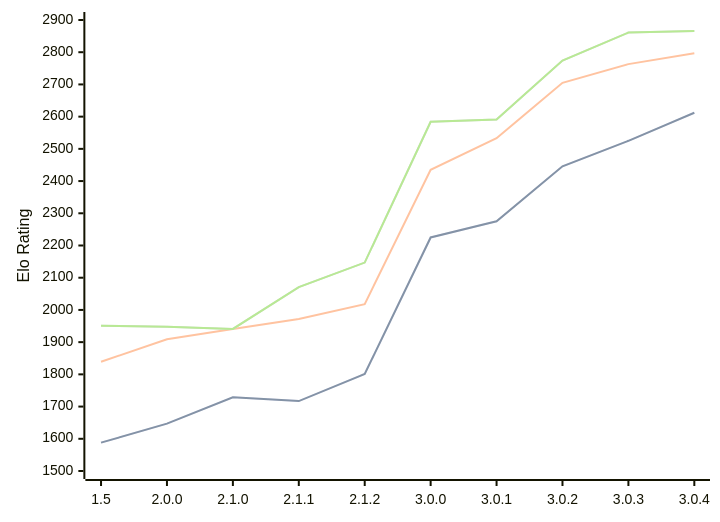
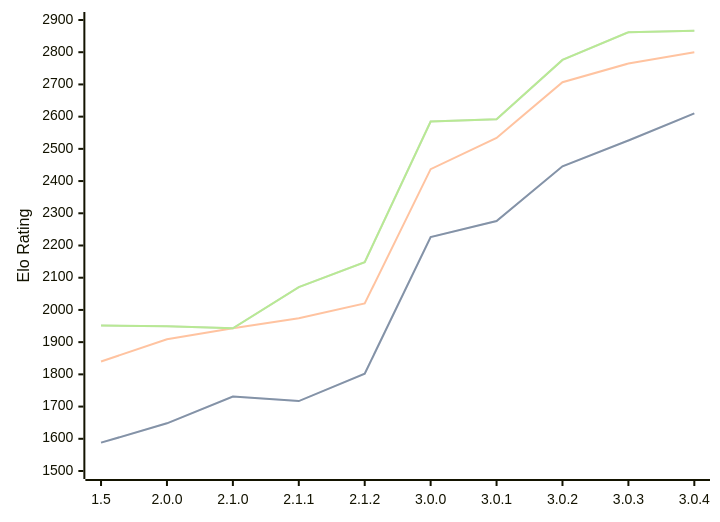
Before and after one commit to computer-chess-index/cci: the first of 3 diagrams in engines/Rudim.md, drawn with Mermaid. The commit also changed other lines of this file, not shown here.

Commit message:
Update CCI Ratings (ELO VLTC) - 2026-06-30

````diff
--- a/engines/Rudim.md
+++ b/engines/Rudim.md
@@ -49,11 +49,11 @@
 ```mermaid
 %%{init: {"theme":"base","themeVariables":{"seriesColors:['#a3a3a3','#222221','#faa371']}}}%%
 xychart-beta
   x-axis ["1.5", "2.0.0", "2.1.0", "2.1.1", "2.1.2", "3.0.0", "3.0.1", "3.0.2", "3.0.3", "3.0.4"]
   y-axis "Elo Rating" 1500 --> 2900
-  line "STC (8.0+0.08s)" [1588, 1647, 1729, 1717, 1801, 2225, 2275, 2446, 2525, 2612]
-  line "STC (8.0+0.08s)" [1588, 1647, 1729, 1717, 1801, 2225, 2275, 2446, 2525, 2612]
-  line "LTC (60.0+0.60s)" [1839, 1909, 1941, 1972, 2018, 2435, 2533, 2705, 2763, 2797]
-  line "VLTC (2m24s+1.12s)" [1951, 1948, 1941, 2071, 2147, 2584, 2591, 2774, 2861, 2866]
-  line "VLTC (2m24s+1.12s)" [1951, 1948, 1941, 2071, 2147, 2584, 2591, 2774, 2861, 2866]
+  line "STC (8.0+0.08s)" [1588, 1648, 1731, 1717, 1802, 2226, 2276, 2446, 2526, 2610]
+  line "STC (8.0+0.08s)" [1588, 1648, 1731, 1717, 1802, 2226, 2276, 2446, 2526, 2610]
+  line "LTC (60.0+0.60s)" [1840, 1909, 1943, 1974, 2020, 2437, 2534, 2707, 2765, 2800]
+  line "VLTC (2m24s+1.12s)" [1952, 1949, 1943, 2071, 2148, 2585, 2592, 2776, 2862, 2867]
+  line "VLTC (2m24s+1.12s)" [1952, 1949, 1943, 2071, 2148, 2585, 2592, 2776, 2862, 2867]
 ```
````
